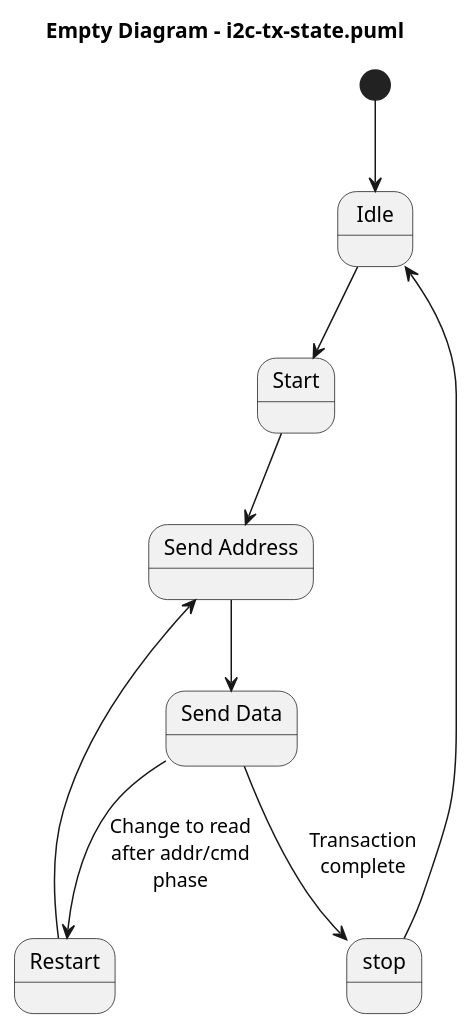
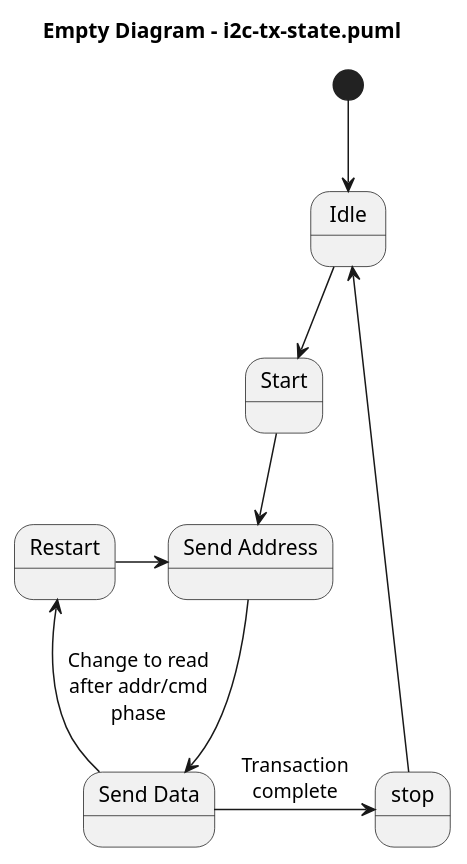
One commit to aodonnell-ca/glorified-plumbing-public changed the diagram in plantuml/i2c-tx-state.puml. Above: the diagram before and after it, drawn with PlantUML.

Commit message:
PlantText Commit: Layout (puml): Change directions to make "reiterate" more obvious.

```diff
--- a/plantuml/i2c-tx-state.puml
+++ b/plantuml/i2c-tx-state.puml
@@ -1,21 +1,21 @@
 @startuml
 
 title Empty Diagram - i2c-tx-state.puml
 
 state Idle
 state Start
 state addr as "Send Address"
 state data as "Send Data"
 state Restart
 state stop
 
 [*] --> Idle
 Idle --> Start
 Start --> addr
 addr --> data
-data --> stop : Transaction\ncomplete
-data --> Restart : Change to read\nafter addr/cmd\nphase
-Restart --> addr
-stop --> Idle
+data -left> Restart : Change to read\nafter addr/cmd\nphase
+Restart -> addr
+data -right> stop : Transaction\ncomplete
+stop -up> Idle
 
 @enduml
```
